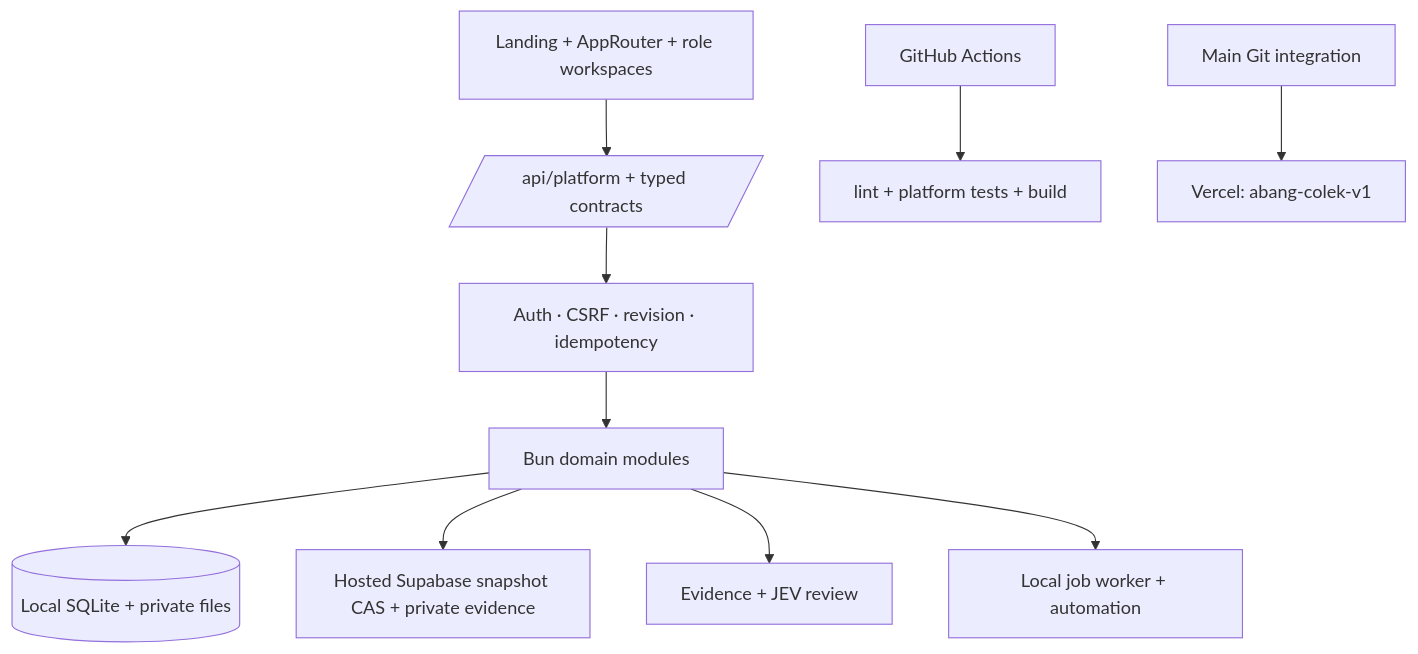
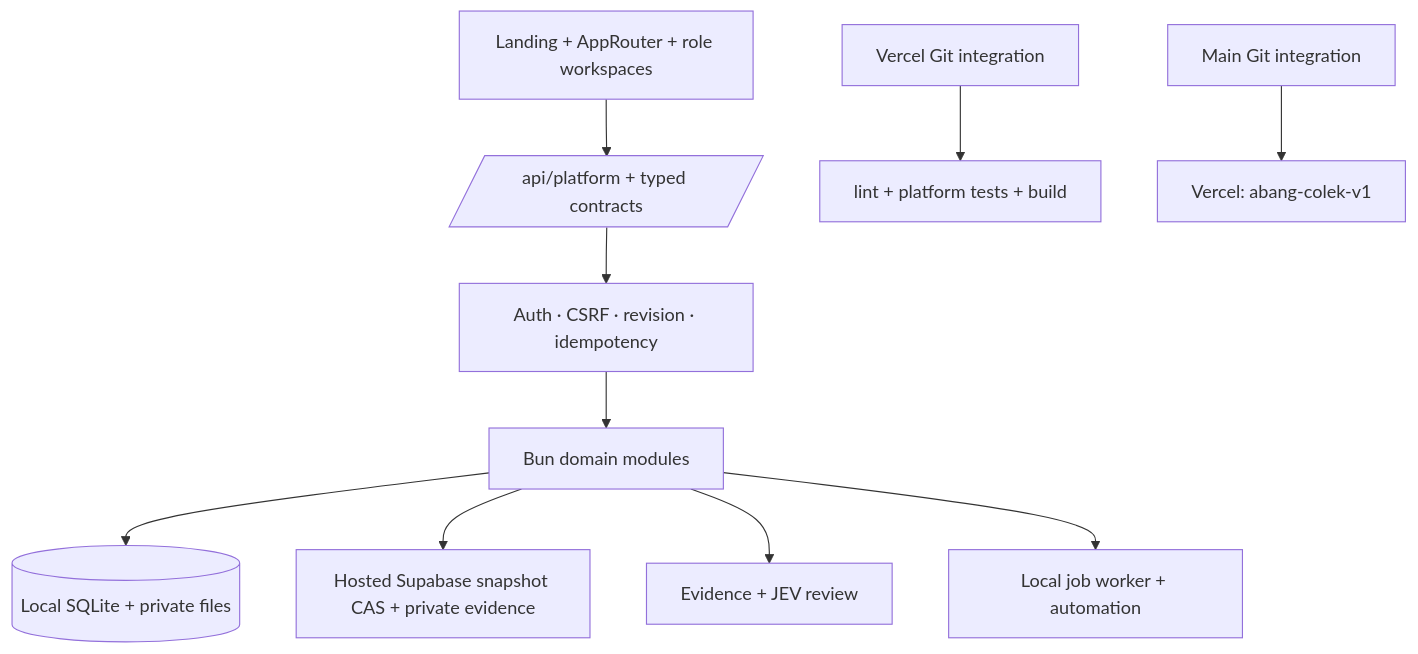
Before and after one commit to thisisniagahub/ABANG-COLEK-V1: the diagram in README.md, drawn with Mermaid. The commit also changed other lines of this file and 3 other files, not shown here.

````diff
--- a/README.md
+++ b/README.md
@@ -58,12 +58,12 @@
 ```mermaid
 flowchart TD
     A[Landing + AppRouter + role workspaces] --> B[/api/platform + typed contracts/]
     B --> C[Auth · CSRF · revision · idempotency]
     C --> D[Bun domain modules]
     D --> E[(Local SQLite + private files)]
     D --> K[Hosted Supabase snapshot CAS + private evidence]
     D --> F[Evidence + JEV review]
     D --> G[Local job worker + automation]
-    H[GitHub Actions] --> I[lint + platform tests + build]
+    H[Vercel Git integration] --> I[lint + platform tests + build]
     L[Main Git integration] --> J[Vercel: abang-colek-v1]
 ```
````
